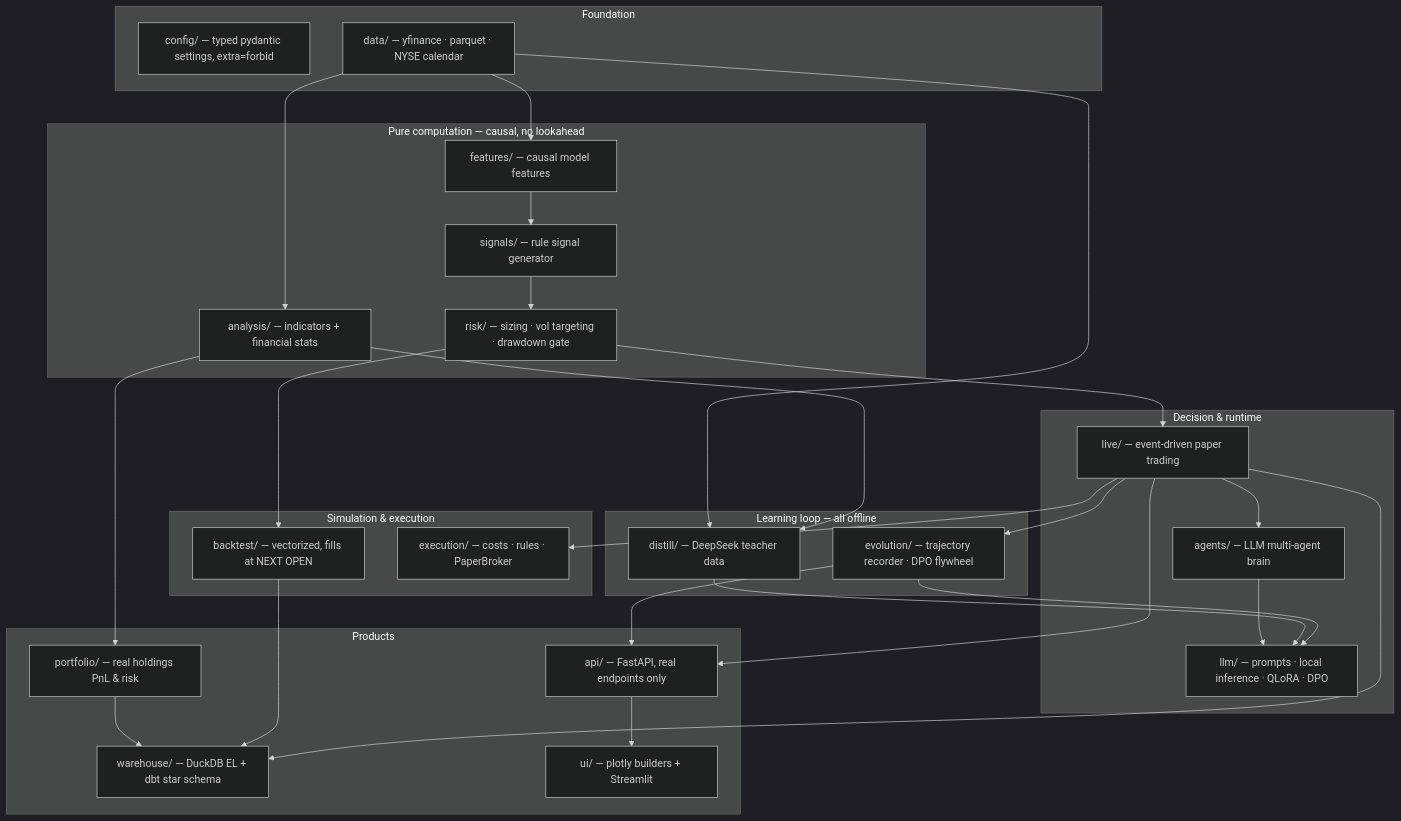
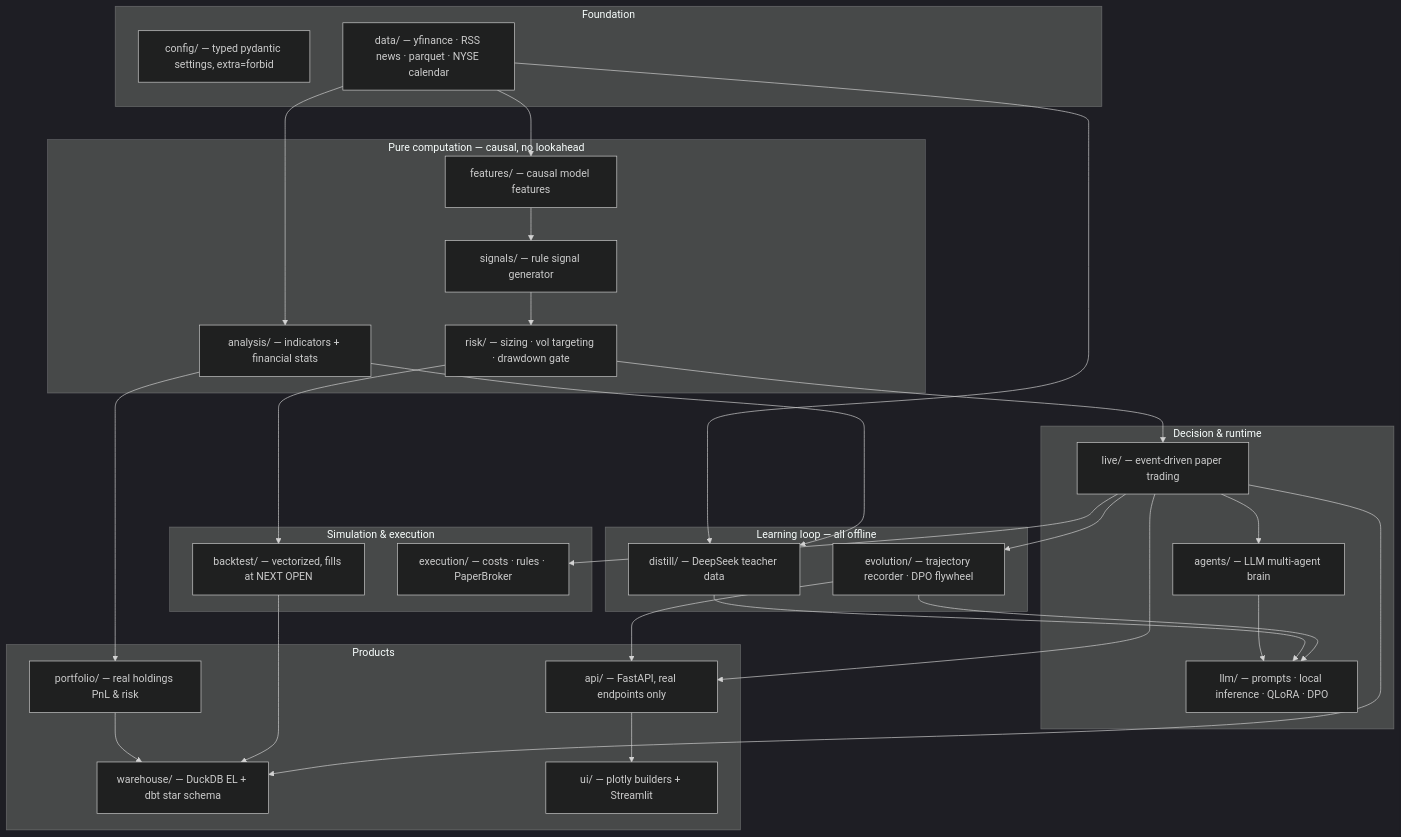
Before and after one commit to C0k11/stock-share-Helper: the first of 4 diagrams in README.md, drawn with Mermaid (dark theme). The commit also changed other lines of this file, not shown here.

Commit message:
README: news channel in data stack (fact_news, 76 dbt assertions)

````diff
--- a/README.md
+++ b/README.md
@@ -51,49 +51,49 @@
 ```mermaid
 flowchart TB
     subgraph L0["Foundation"]
         CFG["config/ — typed pydantic settings, extra=forbid"]
-        DAT["data/ — yfinance · parquet · NYSE calendar"]
+        DAT["data/ — yfinance · RSS news · parquet · NYSE calendar"]
     end
     subgraph L1["Pure computation — causal, no lookahead"]
         FEA["features/ — causal model features"]
         ANA["analysis/ — indicators + financial stats"]
         SIG["signals/ — rule signal generator"]
         RSK["risk/ — sizing · vol targeting · drawdown gate"]
     end
     subgraph L2["Simulation & execution"]
         BTE["backtest/ — vectorized, fills at NEXT OPEN"]
         EXE["execution/ — costs · rules · PaperBroker"]
     end
     subgraph L3["Decision & runtime"]
         AGT["agents/ — LLM multi-agent brain"]
         LLM["llm/ — prompts · local inference · QLoRA · DPO"]
         LIV["live/ — event-driven paper trading"]
     end
     subgraph L4["Learning loop — all offline"]
         DIS["distill/ — DeepSeek teacher data"]
         EVO["evolution/ — trajectory recorder · DPO flywheel"]
     end
     subgraph L5["Products"]
         POR["portfolio/ — real holdings PnL & risk"]
         WHS["warehouse/ — DuckDB EL + dbt star schema"]
         API["api/ — FastAPI, real endpoints only"]
         UIX["ui/ — plotly builders + Streamlit"]
     end
     DAT --> FEA --> SIG --> RSK --> BTE
     DAT --> ANA --> POR
     RSK --> LIV
     LIV --> EXE
     LIV --> AGT
     AGT --> LLM
     DAT --> DIS
     ANA --> DIS
     DIS --> LLM
     LIV --> EVO
     EVO --> LLM
     POR --> WHS
     BTE --> WHS
     LIV --> WHS
     LIV --> API
     EVO --> API
     API --> UIX
 ```
````
